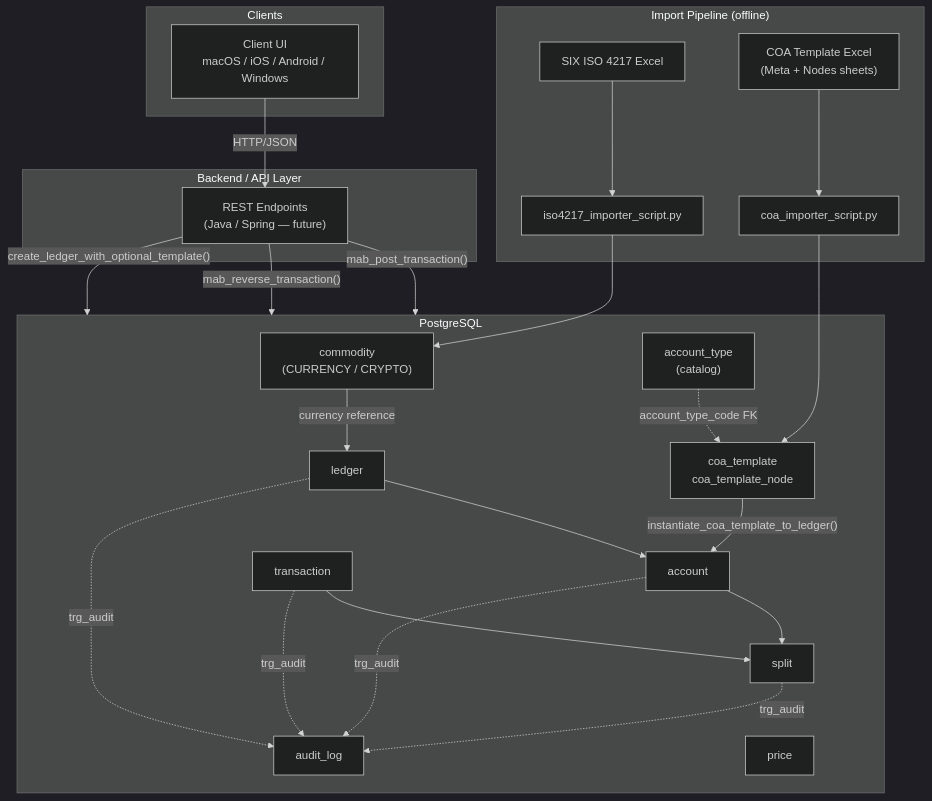
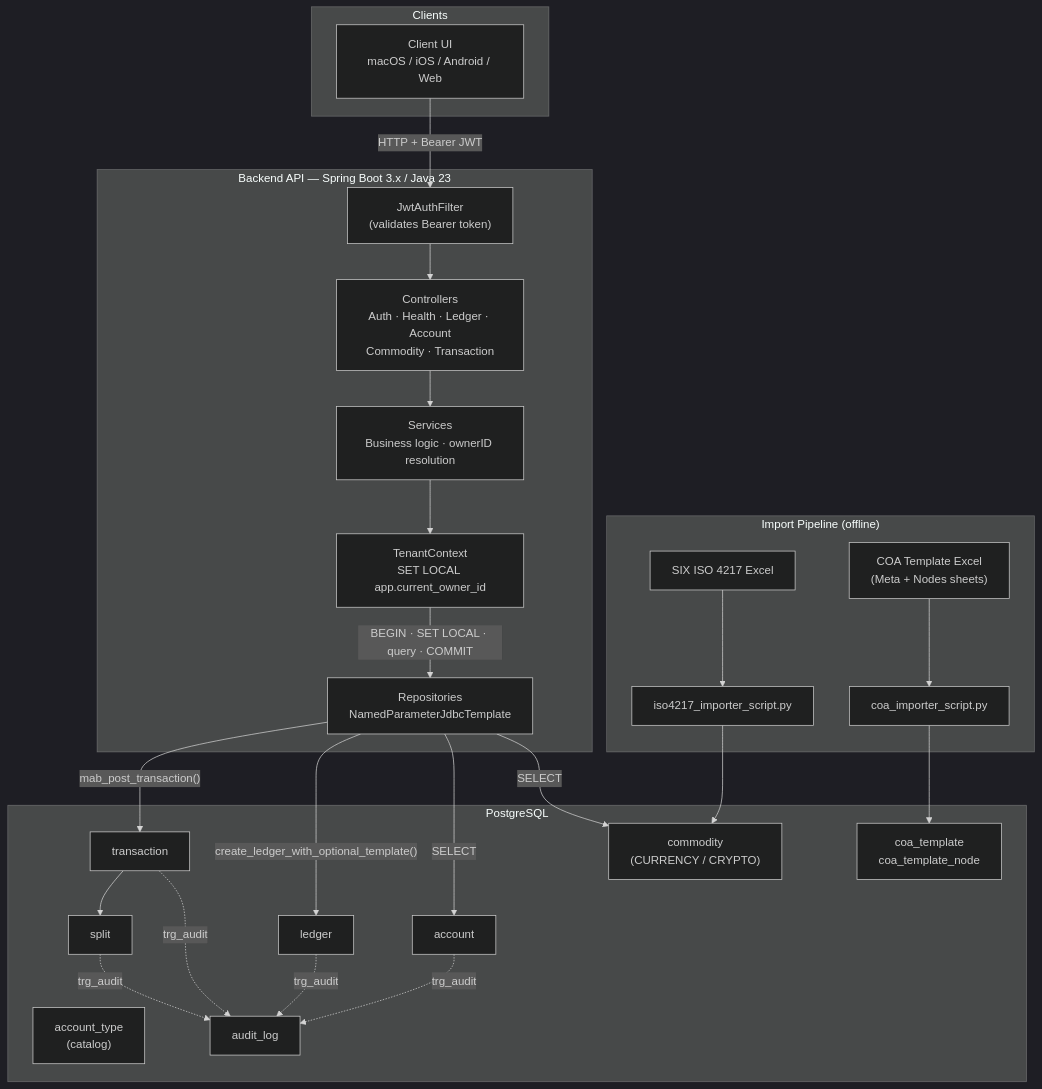
Before and after one commit to leonguevara/MyAccountingBooks_dev: the first of 4 diagrams in Documentation/docs/architecture/Data_Flow.md, drawn with Mermaid (dark theme). The commit also changed other lines of this file and 16 other files, not shown here.

````diff
--- a/Documentation/docs/architecture/Data_Flow.md
+++ b/Documentation/docs/architecture/Data_Flow.md
@@ -3,48 +3,50 @@
-```mermaid
+``` mermaid
 flowchart TD
   subgraph Clients
-    UI["Client UI\nmacOS / iOS / Android / Windows"]
+    UI["Client UI\nmacOS / iOS / Android / Web"]
   end
 
   subgraph Import["Import Pipeline (offline)"]
     XLS_ISO["SIX ISO 4217 Excel"]
     XLS_COA["COA Template Excel\n(Meta + Nodes sheets)"]
     PY_ISO["iso4217_importer_script.py"]
     PY_COA["coa_importer_script.py"]
   end
 
-  subgraph API["Backend / API Layer"]
-    REST["REST Endpoints\n(Java / Spring — future)"]
+  subgraph API["Backend API — Spring Boot 3.x / Java 23"]
+    JwtFilter["JwtAuthFilter\n(validates Bearer token)"]
+    Controllers["Controllers\nAuth · Health · Ledger · Account\nCommodity · Transaction"]
+    Services["Services\nBusiness logic · ownerID resolution"]
+    TenantCtx["TenantContext\nSET LOCAL app.current_owner_id"]
+    Repos["Repositories\nNamedParameterJdbcTemplate"]
   end
 
   subgraph DB["PostgreSQL"]
     commodity["commodity\n(CURRENCY / CRYPTO)"]
     coa_template["coa_template\ncoa_template_node"]
     account_type["account_type\n(catalog)"]
     ledger["ledger"]
     account["account"]
     tx["transaction"]
     split["split"]
     audit["audit_log"]
-    price["price"]
   end
 
   XLS_ISO --> PY_ISO --> commodity
   XLS_COA --> PY_COA --> coa_template
-  account_type -.->|"account_type_code FK"| coa_template
 
-  coa_template -->|"instantiate_coa_template_to_ledger()"| account
-  commodity -->|currency reference| ledger
-  ledger --> account
-  account --> split
+  UI -->|"HTTP + Bearer JWT"| JwtFilter
+  JwtFilter --> Controllers
+  Controllers --> Services
+  Services --> TenantCtx
+  TenantCtx -->|"BEGIN · SET LOCAL · query · COMMIT"| Repos
+  Repos -->|"mab_post_transaction()"| tx
+  Repos -->|"create_ledger_with_optional_template()"| ledger
+  Repos -->|"SELECT"| account
+  Repos -->|"SELECT"| commodity
   tx --> split
   split -.->|"trg_audit"| audit
   tx -.->|"trg_audit"| audit
   ledger -.->|"trg_audit"| audit
   account -.->|"trg_audit"| audit
-
-  UI -->|HTTP/JSON| REST
-  REST -->|"mab_post_transaction()"| DB
-  REST -->|"mab_reverse_transaction()"| DB
-  REST -->|"create_ledger_with_optional_template()"| DB
 ```
````
